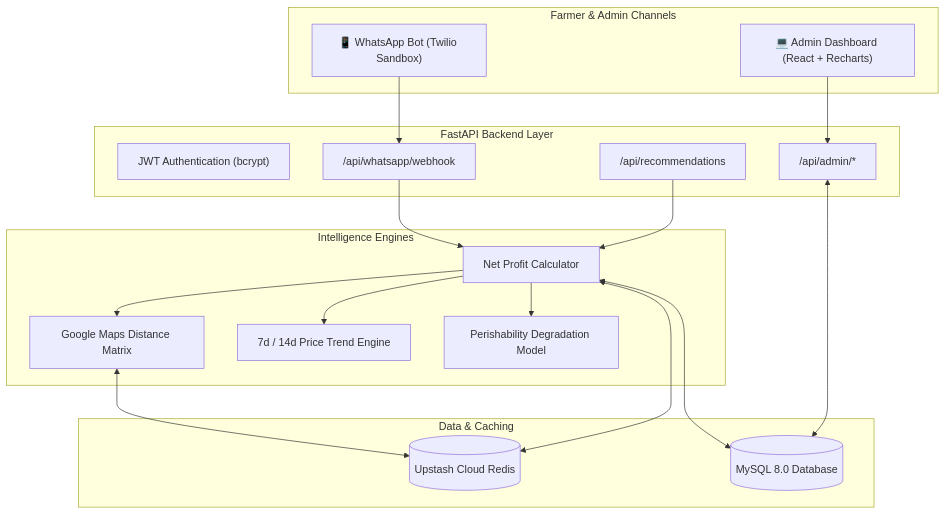
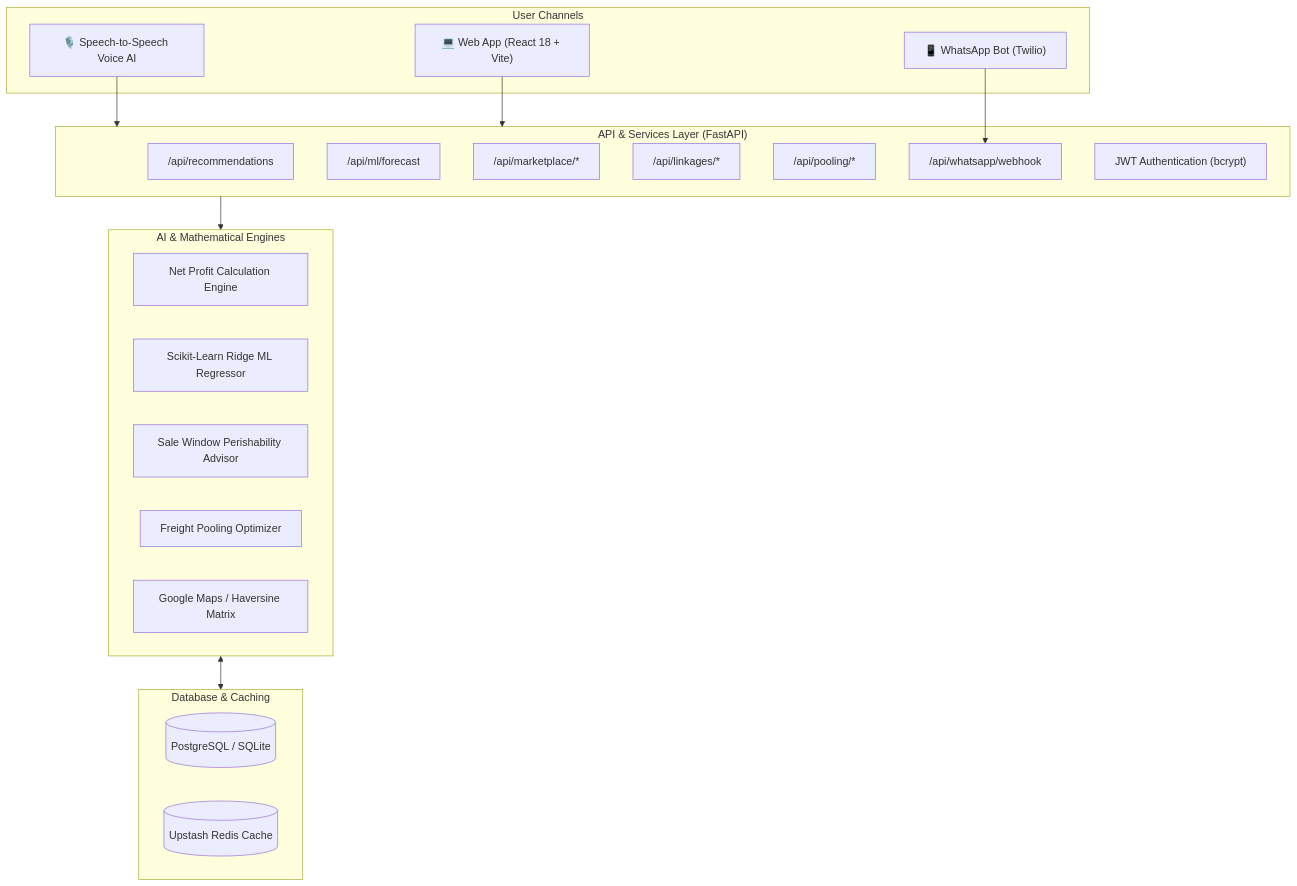
The diagram in README.md (devanshrahatal/smart-mandi-selection), drawn with Mermaid before and after one commit. The commit also changed other lines of this file and 2 other files, not shown here.

Commit message:
docs: comprehensive update of README, pitch deck, and architecture documentation for SIH Problem Statement 26132

````diff
--- a/README.md
+++ b/README.md
@@ -45,38 +99,37 @@
 ```mermaid
 flowchart TD
-    subgraph Channels["Farmer & Admin Channels"]
-        WA["📱 WhatsApp Bot (Twilio Sandbox)"]
-        DASH["💻 Admin Dashboard (React + Recharts)"]
+    subgraph Clients["User Channels"]
+        WA["📱 WhatsApp Bot (Twilio)"]
+        VOICE["🎙️ Speech-to-Speech Voice AI"]
+        WEB["💻 Web App (React 18 + Vite)"]
     end
 
-    subgraph Backend["FastAPI Backend Layer"]
+    subgraph Gateway["API & Services Layer (FastAPI)"]
+        REC["/api/recommendations"]
+        ML["/api/ml/forecast"]
+        MKT["/api/marketplace/*"]
+        LINK["/api/linkages/*"]
+        POOL["/api/pooling/*"]
+        WABOT["/api/whatsapp/webhook"]
         AUTH["JWT Authentication (bcrypt)"]
-        REC["/api/recommendations"]
-        WABOT["/api/whatsapp/webhook"]
-        ADMIN["/api/admin/*"]
     end
 
-    subgraph Intelligence["Intelligence Engines"]
-        NPE["Net Profit Calculator"]
-        DIST["Google Maps Distance Matrix"]
-        TREND["7d / 14d Price Trend Engine"]
-        SPOIL["Perishability Degradation Model"]
+    subgraph Intelligence["AI & Mathematical Engines"]
+        NPE["Net Profit Calculation Engine"]
+        SKL["Scikit-Learn Ridge ML Regressor"]
+        SW["Sale Window Perishability Advisor"]
+        POOL_ENG["Freight Pooling Optimizer"]
+        DIST["Google Maps / Haversine Matrix"]
     end
 
-    subgraph Storage["Data & Caching"]
-        REDIS[("Upstash Cloud Redis")]
-        MYSQL[("MySQL 8.0 Database")]
+    subgraph Storage["Database & Caching"]
+        DB[("PostgreSQL / SQLite")]
+        REDIS[("Upstash Redis Cache")]
     end
 
     WA --> WABOT
-    DASH --> ADMIN
-    WABOT --> NPE
-    REC --> NPE
-    NPE --> DIST
-    NPE --> SPOIL
-    NPE --> TREND
-    DIST <--> REDIS
-    NPE <--> REDIS
-    NPE <--> MYSQL
-    ADMIN <--> MYSQL
+    VOICE --> Gateway
+    WEB --> Gateway
+    Gateway --> Intelligence
+    Intelligence <--> Storage
 ```
````
